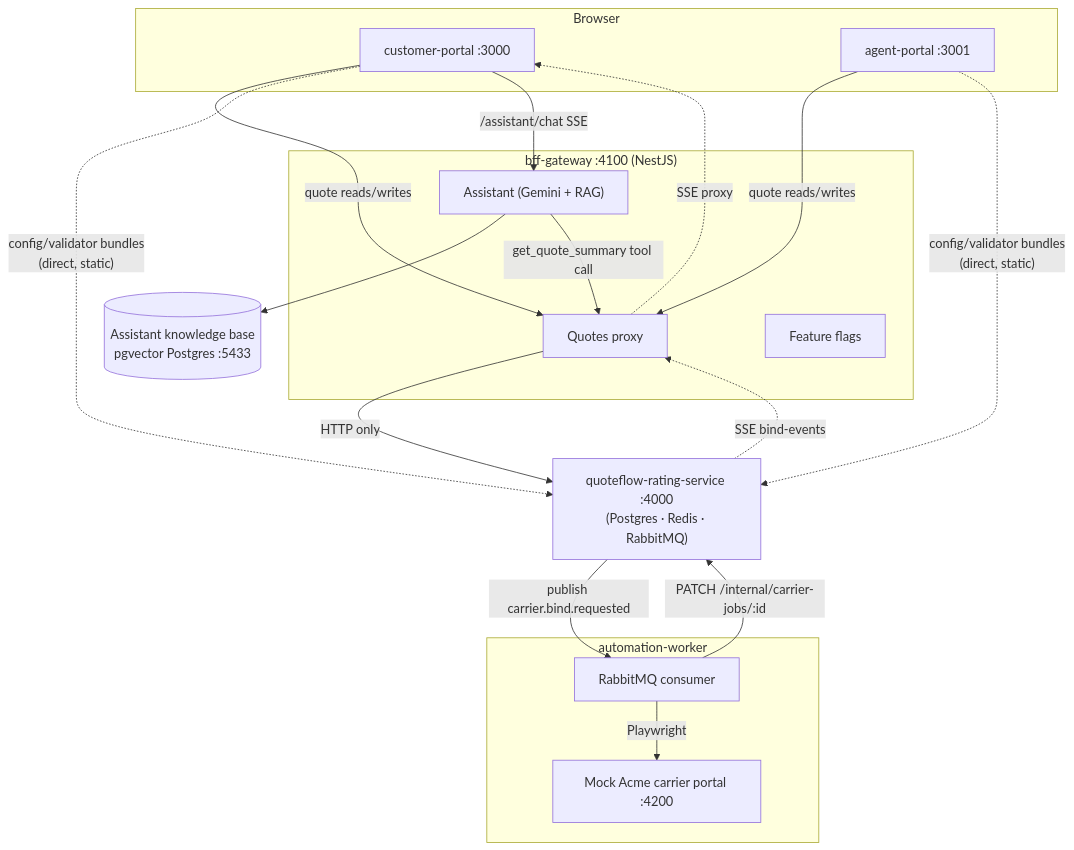
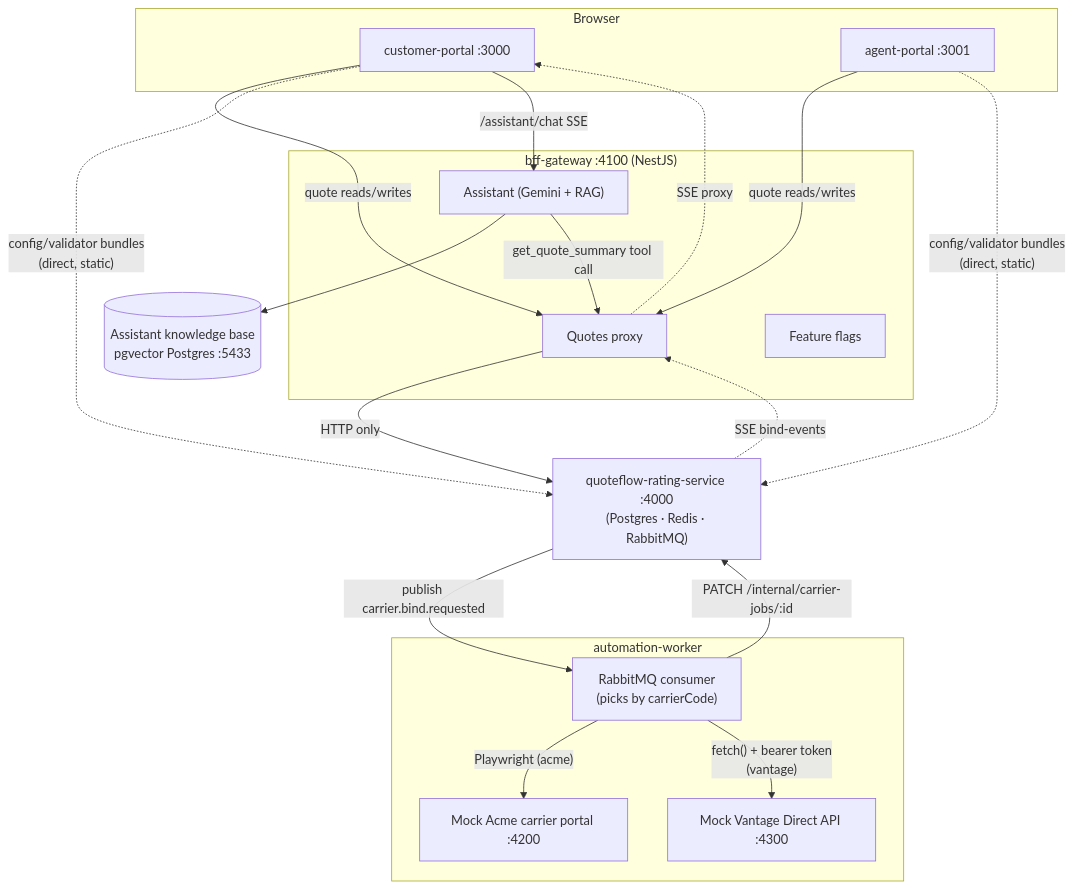
One commit to abhilashsandi/quoteflow-apps changed the diagram in README.md. Above: the diagram before and after it, drawn with Mermaid. The commit also changed other lines of this file and 1 other file, not shown here.

First line of the commit message:
Document Vantage Direct's API-driven bind alongside Acme's Playwright path

````diff
--- a/README.md
+++ b/README.md
@@ -35,35 +38,37 @@
 ```mermaid
 flowchart TB
     subgraph browser["Browser"]
         CP["customer-portal :3000"]
         AP["agent-portal :3001"]
     end
 
     subgraph gateway["bff-gateway :4100 (NestJS)"]
         QC["Quotes proxy"]
         FC["Feature flags"]
         AC["Assistant (Gemini + RAG)"]
     end
 
     subgraph worker["automation-worker"]
-        WK["RabbitMQ consumer"]
+        WK["RabbitMQ consumer<br/>(picks by carrierCode)"]
         MC["Mock Acme carrier portal :4200"]
-        WK -- "Playwright" --> MC
+        MA["Mock Vantage Direct API :4300"]
+        WK -- "Playwright (acme)" --> MC
+        WK -- "fetch() + bearer token<br/>(vantage)" --> MA
     end
 
     R1["quoteflow-rating-service :4000<br/>(Postgres · Redis · RabbitMQ)"]
     ADB[("Assistant knowledge base<br/>pgvector Postgres :5433")]
 
     CP -- "quote reads/writes" --> QC
     AP -- "quote reads/writes" --> QC
     CP -. "config/validator bundles<br/>(direct, static)" .-> R1
     AP -. "config/validator bundles<br/>(direct, static)" .-> R1
     QC -- "HTTP only" --> R1
     CP -- "/assistant/chat SSE" --> AC
     AC --> ADB
     AC -- "get_quote_summary tool call" --> QC
     R1 -- "publish carrier.bind.requested" --> WK
     WK -- "PATCH /internal/carrier-jobs/:id" --> R1
     R1 -. "SSE bind-events" .-> QC
     QC -. "SSE proxy" .-> CP
 ```
````
